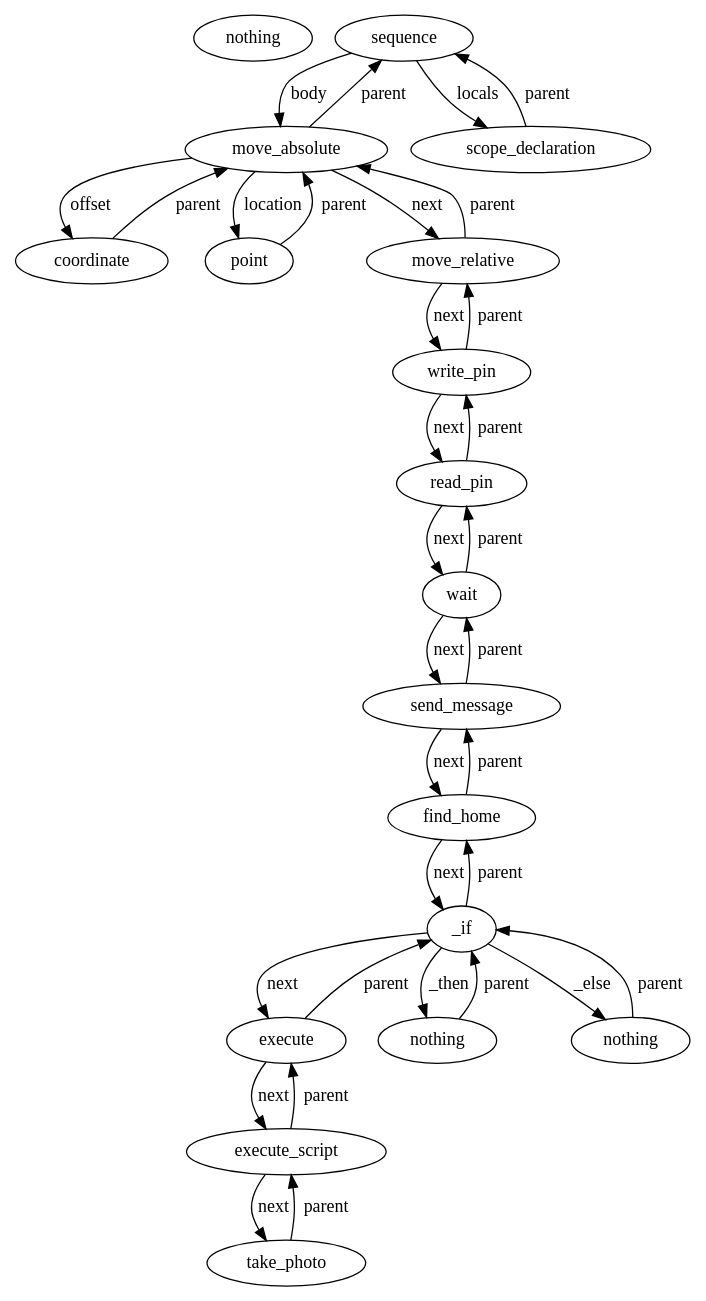
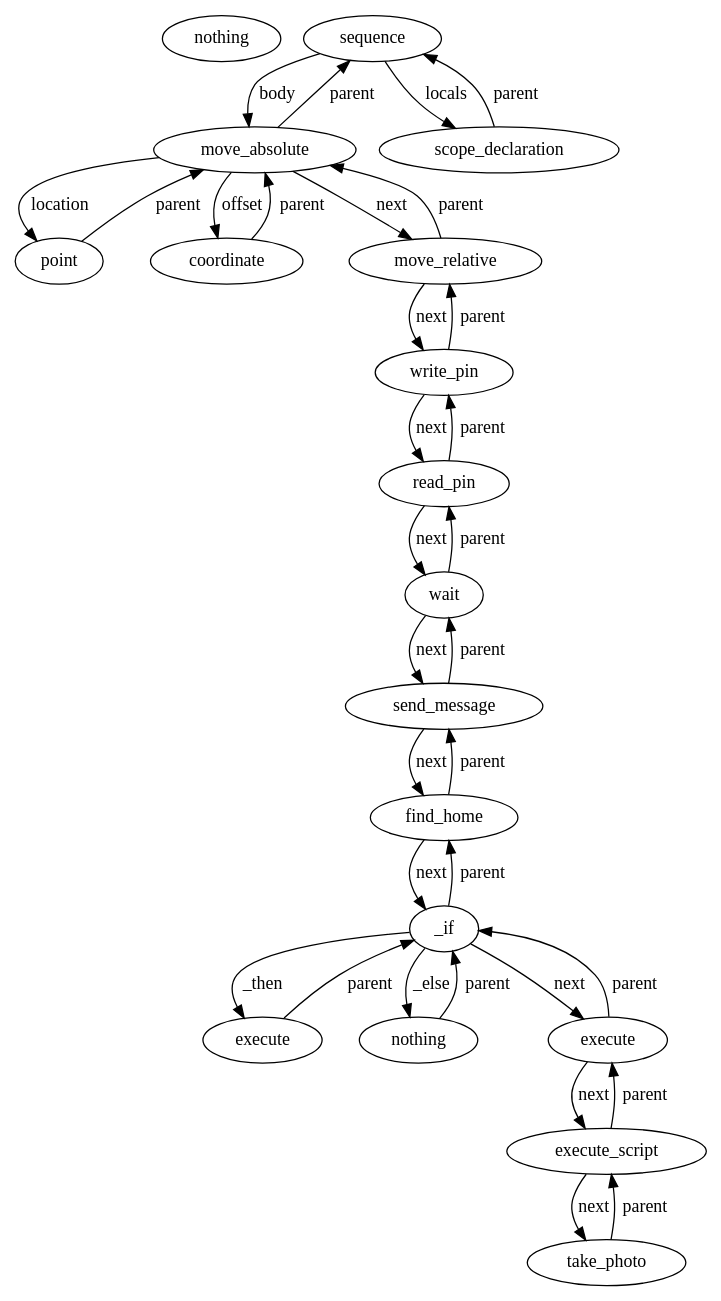
Before and after one commit to FarmBot-Labs/csvm: the diagram in dia.dot, drawn with Graphviz. The commit also changed 2 other files, not shown here.

Commit message:
Use a more complex "kitchen sink" sequence

```diff
--- a/dia.dot
+++ b/dia.dot
@@ -1,52 +1,52 @@
 digraph wow {
   1      [ label = "nothing" ]
   2      [ label = "sequence" ]
   2 -> 3 [ label = "body"]
   2 -> 18 [ label = "locals"]
-  3      [ label = "move_absolute" ]
+  3 -> 5 [ label = "location"]
   3 -> 2 [ label = "parent"]
   3 -> 4 [ label = "offset"]
-  3 -> 5 [ label = "location"]
+  3      [ label = "move_absolute" ]
   3 -> 6 [ label = "next"]
   4 -> 3 [ label = "parent"]
   4      [ label = "coordinate" ]
+  5 -> 3 [ label = "parent"]
   5      [ label = "point" ]
-  5 -> 3 [ label = "parent"]
   6 -> 3 [ label = "parent"]
+  6      [ label = "move_relative" ]
   6 -> 7 [ label = "next"]
-  6      [ label = "move_relative" ]
   7      [ label = "write_pin" ]
   7 -> 6 [ label = "parent"]
   7 -> 8 [ label = "next"]
+  8 -> 7 [ label = "parent"]
   8      [ label = "read_pin" ]
-  8 -> 7 [ label = "parent"]
   8 -> 9 [ label = "next"]
   9      [ label = "wait" ]
   9 -> 8 [ label = "parent"]
   9 -> 10 [ label = "next"]
+  10 -> 9 [ label = "parent"]
   10      [ label = "send_message" ]
-  10 -> 9 [ label = "parent"]
   10 -> 11 [ label = "next"]
+  11 -> 10 [ label = "parent"]
   11      [ label = "find_home" ]
-  11 -> 10 [ label = "parent"]
   11 -> 12 [ label = "next"]
+  12 -> 14 [ label = "_then"]
   12      [ label = "_if" ]
+  12 -> 11 [ label = "parent"]
+  12 -> 13 [ label = "_else"]
   12 -> 15 [ label = "next"]
-  12 -> 11 [ label = "parent"]
-  12 -> 13 [ label = "_then"]
-  12 -> 14 [ label = "_else"]
+  13 -> 12 [ label = "parent"]
   13      [ label = "nothing" ]
-  13 -> 12 [ label = "parent"]
-  14      [ label = "nothing" ]
   14 -> 12 [ label = "parent"]
-  15 -> 16 [ label = "next"]
+  14      [ label = "execute" ]
   15 -> 12 [ label = "parent"]
   15      [ label = "execute" ]
+  15 -> 16 [ label = "next"]
+  16 -> 15 [ label = "parent"]
   16      [ label = "execute_script" ]
-  16 -> 15 [ label = "parent"]
   16 -> 17 [ label = "next"]
+  17 -> 16 [ label = "parent"]
   17      [ label = "take_photo" ]
-  17 -> 16 [ label = "parent"]
+  18 -> 2 [ label = "parent"]
   18      [ label = "scope_declaration" ]
-  18 -> 2 [ label = "parent"]
 }
```
